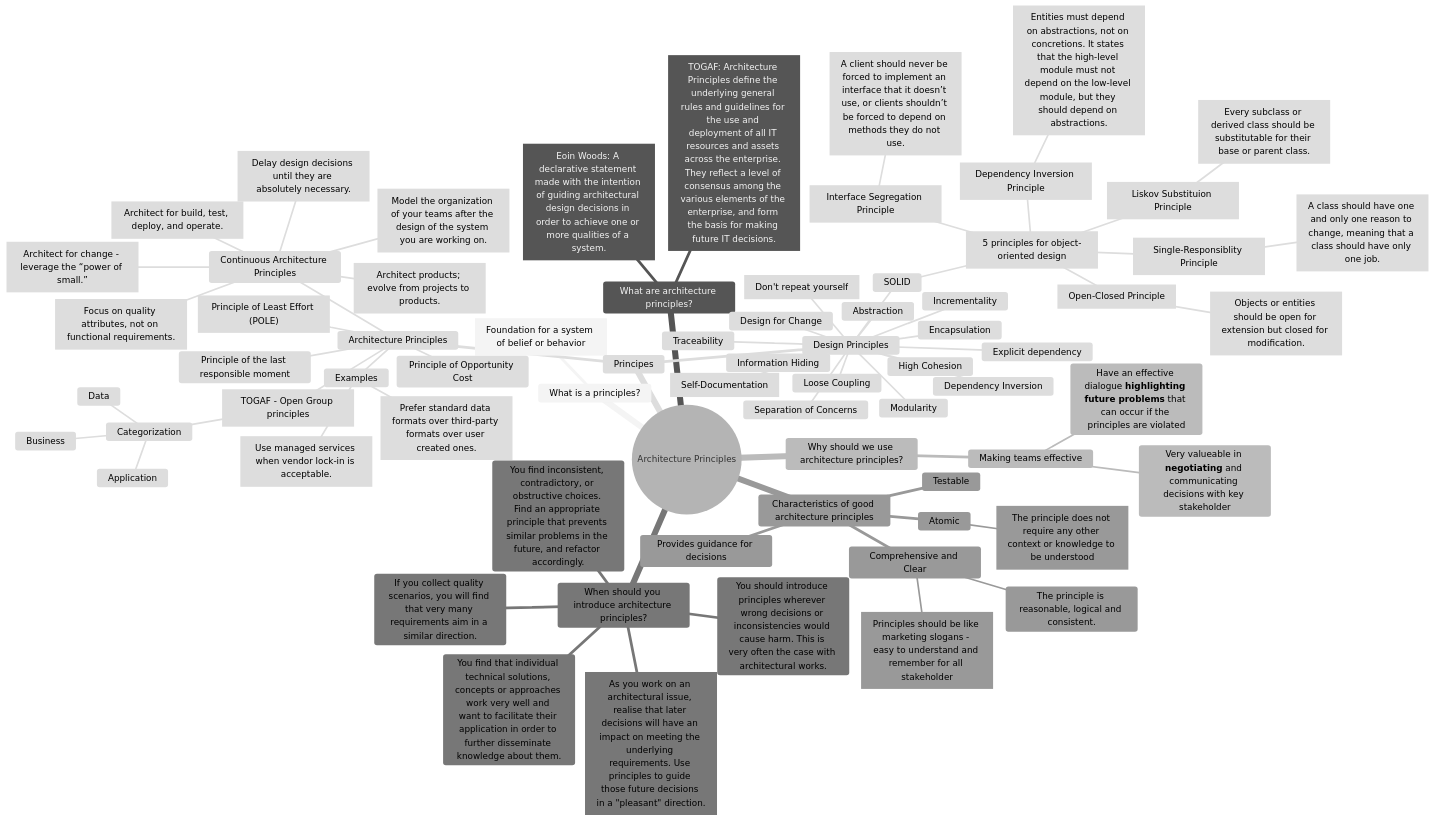
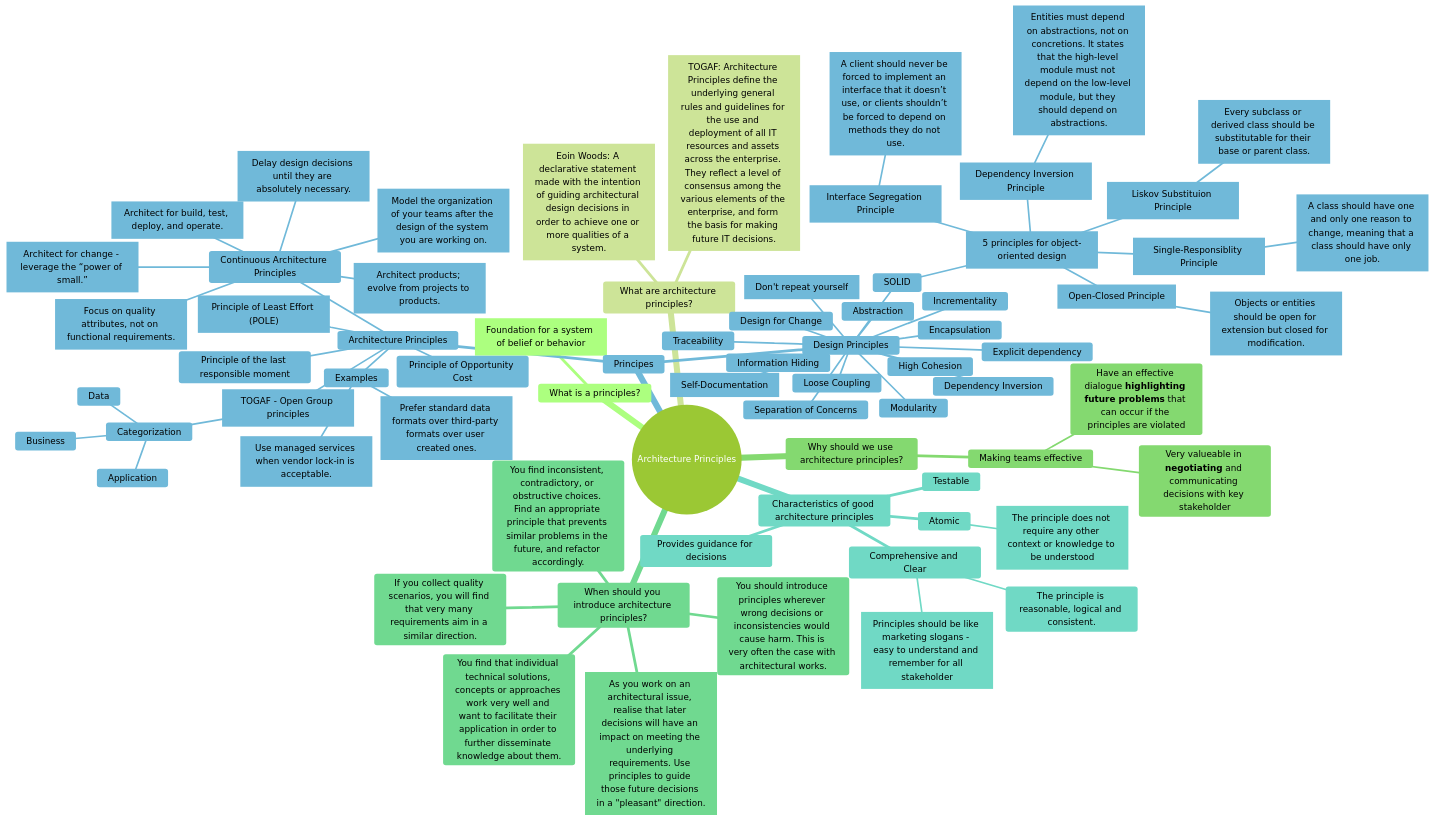
One commit to bitsmuggler/software-architecture-principles changed the diagram in README.md. Above: the diagram before and after it, drawn with Mermaid.

````diff
--- a/README.md
+++ b/README.md
@@ -5,75 +5,75 @@
 ```mermaid
-%%{init: {'theme': 'neutral', 'themeVariables': {'darkMode': true}, "flowchart" : { "curve" : "basis" } } }%%
+%%{init: {'theme':'forest'}}%%
 mindmap
   root((Architecture Principles))
     What is a principles?
         ["Foundation for a system of belief or behavior"]
     What are architecture principles?
         ["Eoin Woods: A declarative statement made with the intention of guiding architectural design decisions in order to achieve one or more qualities of a system."]
         ["TOGAF: Architecture Principles define the underlying general rules and guidelines for the use and deployment of all IT resources and assets across the enterprise. They reflect a level of consensus among the various elements of the enterprise, and form the basis for making future IT decisions."]
     Why should we use architecture principles?
         Making teams effective
             Very valueable in **negotiating** and communicating decisions with key stakeholder
             Have an effective dialogue **highlighting future problems** that can occur if the principles are violated
     When should you introduce architecture principles?
         You should introduce principles wherever wrong decisions or inconsistencies would cause harm. This is very often the case with architectural works.
         You find that individual technical solutions, concepts or approaches work very well and want to facilitate their application in order to further disseminate knowledge about them.
         You find inconsistent, contradictory, or obstructive choices. Find an appropriate principle that prevents similar problems in the future, and refactor accordingly.
         If you collect quality scenarios, you will find that very many requirements aim in a similar direction.
         [As you work on an architectural issue, realise that later decisions will have an impact on meeting the underlying requirements. Use principles to guide those future decisions in a "pleasant" direction.]
     Characteristics of good architecture principles
         Comprehensive and Clear
             The principle is reasonable, logical and consistent.
             ["Principles should be like marketing slogans - easy to understand and remember for all stakeholder"]
         Provides guidance for decisions
         Testable
         Atomic
             ["The principle does not require any other context or knowledge to be understood"]    
     Principes
         Architecture Principles
             ["Principle of Least Effort (POLE)"]
             Principle of Opportunity Cost
             Principle of the last responsible moment
             [TOGAF - Open Group principles]
                 Categorization
                     Business
                     Data
                     Application
             Continuous Architecture Principles
                 [Architect products; evolve from projects to products.]
                 [Focus on quality attributes, not on functional requirements.]
                 [Delay design decisions until they are absolutely necessary.]
                 [Architect for change - leverage the “power of small.”]
                 [Architect for build, test, deploy, and operate.]
                 [Model the organization of your teams after the design of the system you are working on.]
             Examples
                 [Use managed services when vendor lock-in is acceptable.]
                 [Prefer standard data formats over third-party formats over user created ones.]
         Design Principles
             SOLID
                 [5 principles for object-oriented design]
                     [Single-Responsiblity Principle]
                         [A class should have one and only one reason to change, meaning that a class should have only one job.]
                     [Open-Closed Principle]
                         [Objects or entities should be open for extension but closed for modification.]
                     [Liskov Substituion Principle]
                         [Every subclass or derived class should be substitutable for their base or parent class.]
                     [Interface Segregation Principle]
                         [A client should never be forced to implement an interface that it doesn’t use, or clients shouldn’t be forced to depend on methods they do not use.]
                     [Dependency Inversion Principle]
                         [Entities must depend on abstractions, not on concretions. It states that the high-level module must not depend on the low-level module, but they should depend on abstractions.]
             Loose Coupling
             High Cohesion
             Design for Change
             Information Hiding
             Abstraction
             Modularity
             Traceability
             [Self-Documentation]
             Incrementality
             Separation of Concerns
             Encapsulation
             [Don't repeat yourself]
             Dependency Inversion
             Explicit dependency
 ```
````
